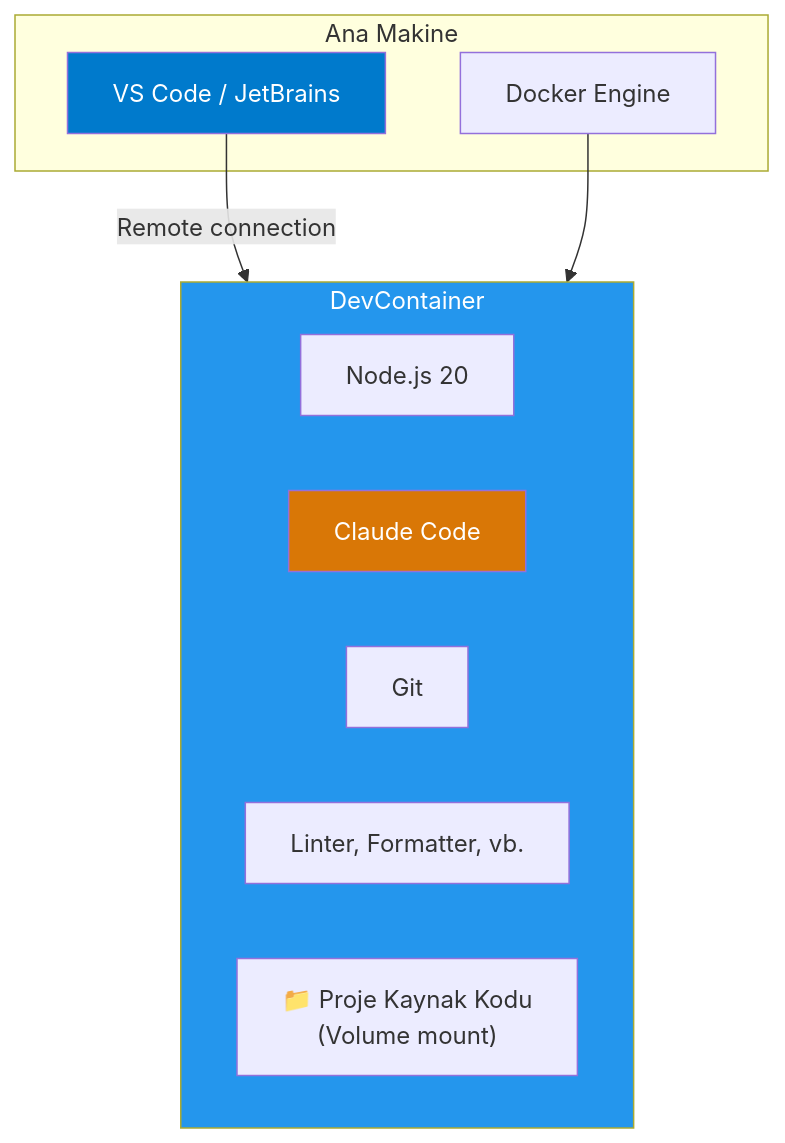
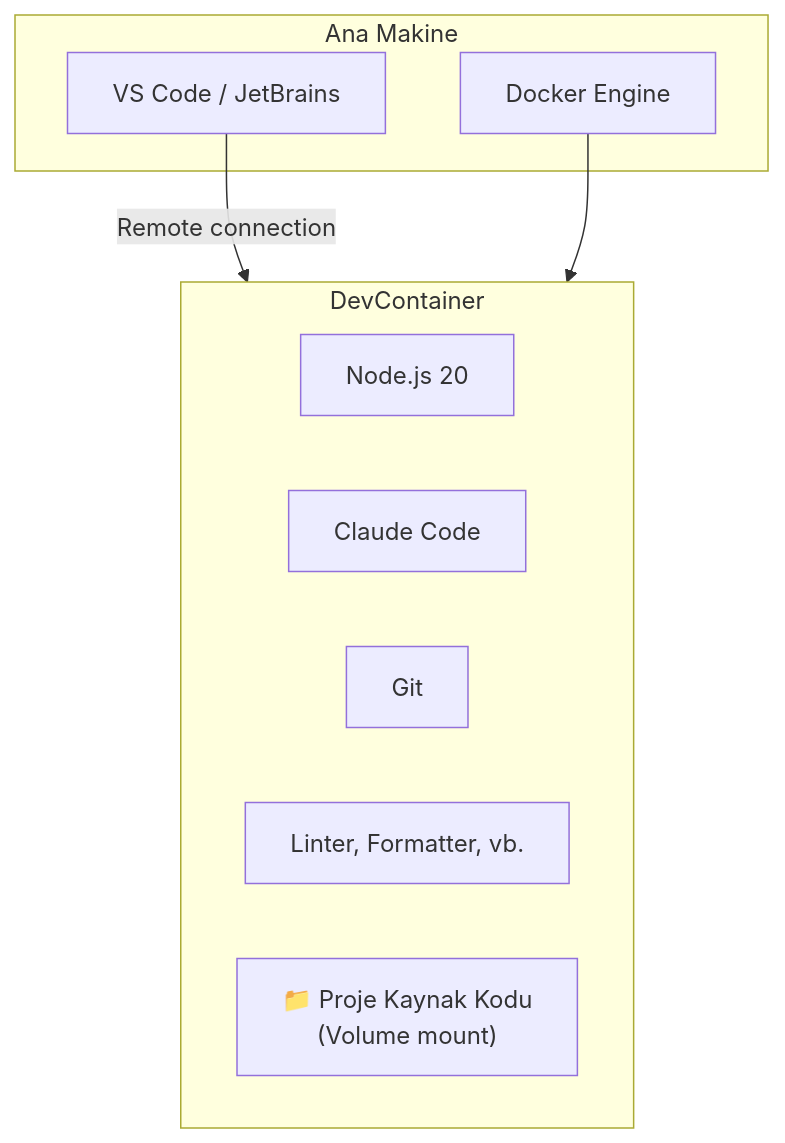
Before and after one commit to IzzetYasinAtes/ClaudeCodeHandbook: the first of 5 diagrams in 18-kurumsal-kullanim/07-devcontainer.md, drawn with Mermaid. The commit also changed other lines of this file and 97 other files, not shown here.

Commit message:
Remove all custom Mermaid style/fill colors from 98 markdown files for consistent dark theme rendering

````diff
--- a/18-kurumsal-kullanim/07-devcontainer.md
+++ b/18-kurumsal-kullanim/07-devcontainer.md
@@ -19,22 +19,19 @@
 ```mermaid
 flowchart TD
     subgraph host ["Ana Makine"]
         IDE["VS Code / JetBrains"]
         DOCKER["Docker Engine"]
     end
 
     subgraph container ["DevContainer"]
         NODE["Node.js 20"]
         CLAUDE["Claude Code"]
         GIT["Git"]
         TOOLS["Linter, Formatter, vb."]
         CODE["📁 Proje Kaynak Kodu<br/>(Volume mount)"]
     end
 
     IDE --> |"Remote connection"| container
     DOCKER --> container
 
-    style IDE fill:#007ACC,color:#fff
-    style container fill:#2496ED,color:#fff
-    style CLAUDE fill:#D97706,color:#fff
 ```
````
